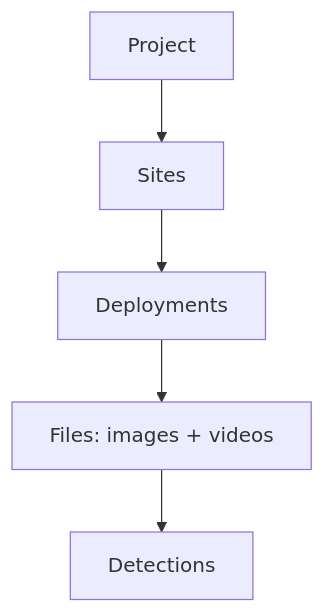
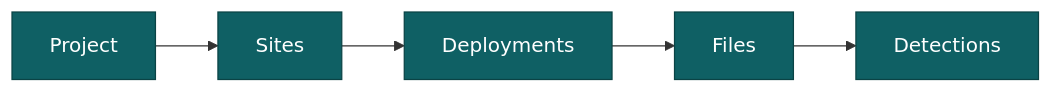
The diagram in docs/docs/guides/build-a-project.mdx (PetervanLunteren/AddaxAI), drawn with Mermaid before and after one commit. The commit also changed other lines of this file and 14 other files, not shown here.

````diff
--- a/docs/docs/guides/build-a-project.mdx
+++ b/docs/docs/guides/build-a-project.mdx
@@ -16,7 +17,9 @@
 ```mermaid
-flowchart TD
+flowchart LR
   P[Project] --> S[Sites]
   S --> D[Deployments]
-  D --> F[Files: images + videos]
+  D --> F[Files]
   F --> Det[Detections]
+  classDef box fill:#0f6064,stroke:#0a4345,color:#ffffff;
+  class P,S,D,F,Det box;
 ```
````
